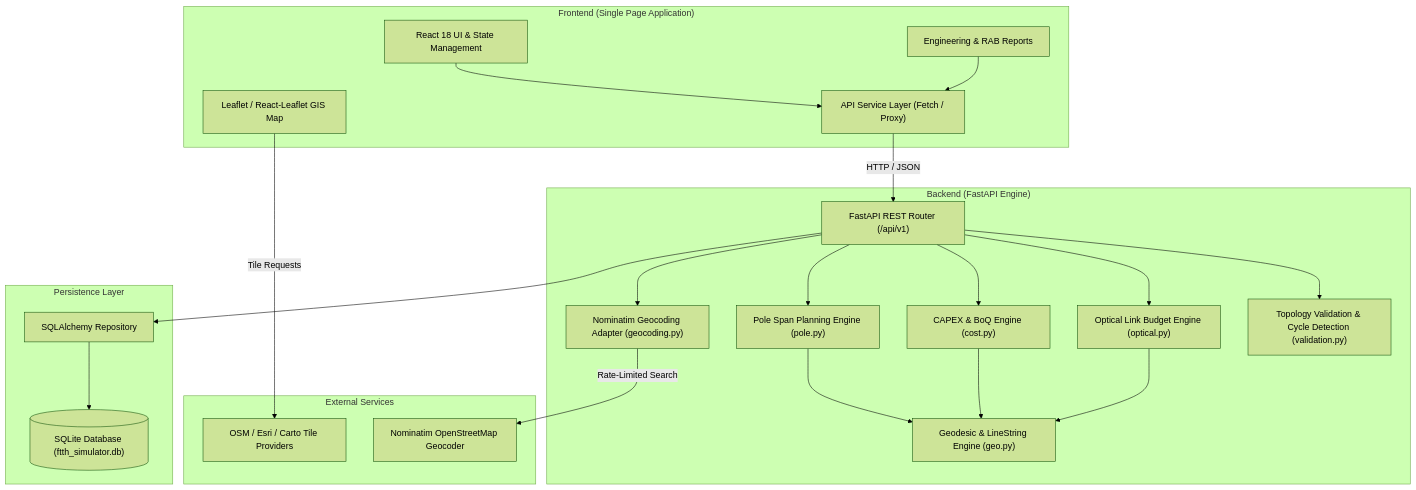
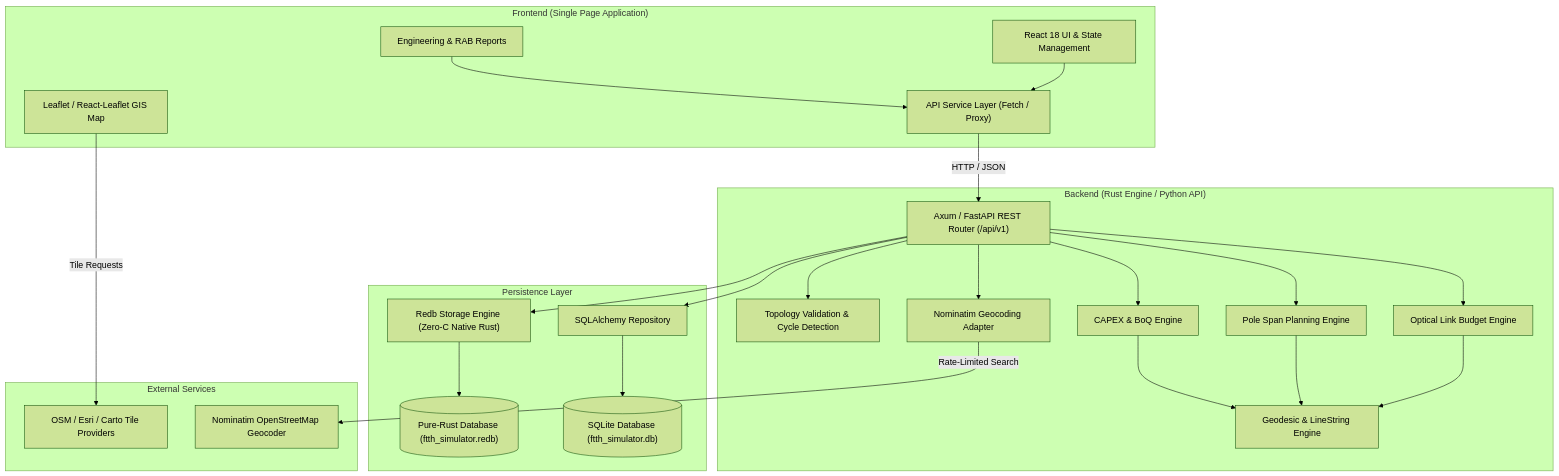
The diagram in README.md (kenzojulian111/FTTH-Simulator), drawn with Mermaid (forest theme) before and after one commit. The commit also changed other lines of this file, not shown here.

Commit message:
docs: update README architecture and tech stack to feature Pure-Rust Redb database

````diff
--- a/README.md
+++ b/README.md
@@ -79,48 +80,52 @@
 ```mermaid
 flowchart TD
     subgraph Client ["Frontend (Single Page Application)"]
         UI["React 18 UI & State Management"]
         Map["Leaflet / React-Leaflet GIS Map"]
         Reports["Engineering & RAB Reports"]
         API_Client["API Service Layer (Fetch / Proxy)"]
     end
 
-    subgraph Server ["Backend (FastAPI Engine)"]
-        Router["FastAPI REST Router (/api/v1)"]
-        Val["Topology Validation & Cycle Detection (validation.py)"]
-        Opt["Optical Link Budget Engine (optical.py)"]
-        Cost["CAPEX & BoQ Engine (cost.py)"]
-        Pole["Pole Span Planning Engine (pole.py)"]
-        Geo["Geodesic & LineString Engine (geo.py)"]
-        GeoService["Nominatim Geocoding Adapter (geocoding.py)"]
+    subgraph Server ["Backend (Rust Engine / Python API)"]
+        Router["Axum / FastAPI REST Router (/api/v1)"]
+        Val["Topology Validation & Cycle Detection"]
+        Opt["Optical Link Budget Engine"]
+        Cost["CAPEX & BoQ Engine"]
+        Pole["Pole Span Planning Engine"]
+        Geo["Geodesic & LineString Engine"]
+        GeoService["Nominatim Geocoding Adapter"]
     end
 
     subgraph Storage ["Persistence Layer"]
+        RedbStore["Redb Storage Engine (Zero-C Native Rust)"]
+        DB_Redb[("Pure-Rust Database (ftth_simulator.redb)")]
         Repo["SQLAlchemy Repository"]
-        DB[("SQLite Database (ftth_simulator.db)")]
+        DB_SQLite[("SQLite Database (ftth_simulator.db)")]
     end
 
     subgraph External ["External Services"]
         Tiles["OSM / Esri / Carto Tile Providers"]
         Nominatim["Nominatim OpenStreetMap Geocoder"]
     end
 
     Map -->|Tile Requests| Tiles
     UI --> API_Client
     Reports --> API_Client
     API_Client -->|HTTP / JSON| Router
 
     Router --> Val
     Router --> Opt
     Router --> Cost
     Router --> Pole
     Router --> GeoService
     GeoService -->|Rate-Limited Search| Nominatim
 
     Opt --> Geo
     Pole --> Geo
     Cost --> Geo
 
+    Router --> RedbStore
+    RedbStore --> DB_Redb
     Router --> Repo
-    Repo --> DB
+    Repo --> DB_SQLite
 ```
````
